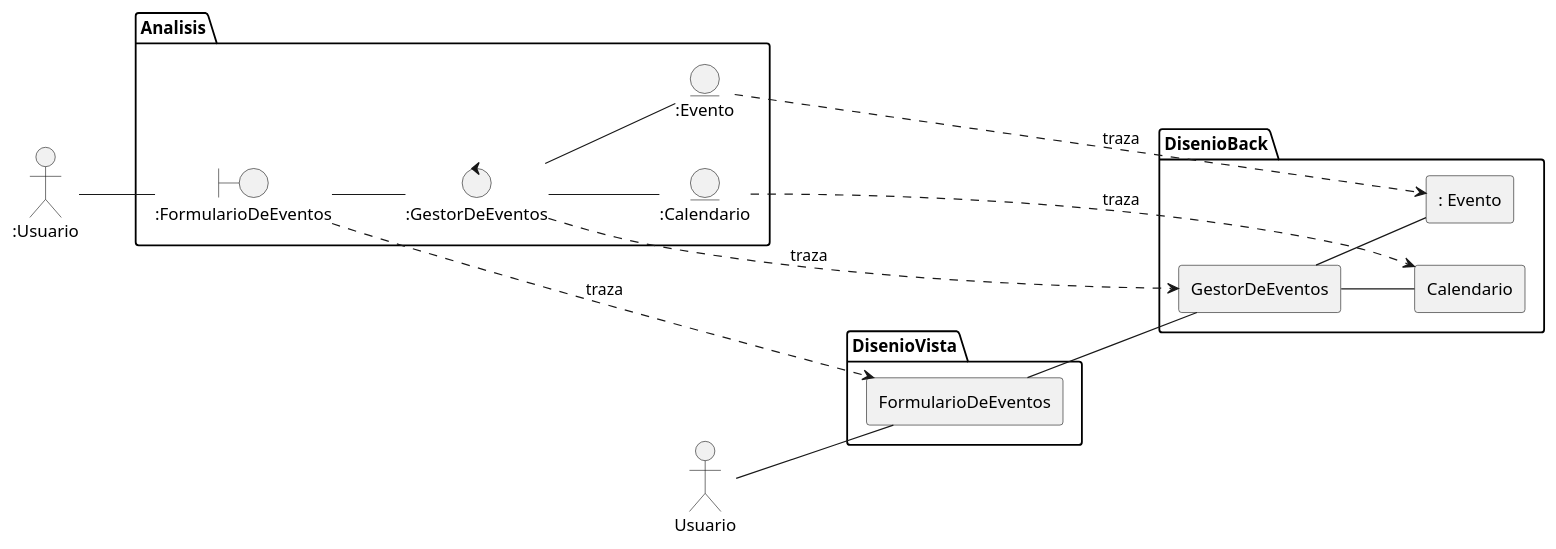
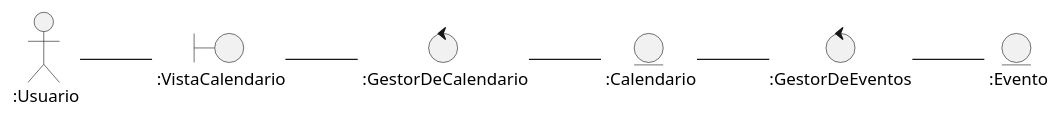
The diagram in docs/logicalView/DisciplinaDeAnalisis/DiagramaClasesDeAnalisisCalendario.plantuml (Andreinalcm/Proyecto_de_inge_grupo4), drawn with PlantUML before and after one commit. The commit also changed 12 other files, not shown here.

Commit message:
Diagramas de traza en disciplina de diseño

```diff
--- a/docs/logicalView/DisciplinaDeAnalisis/DiagramaClasesDeAnalisisCalendario.plantuml
+++ b/docs/logicalView/DisciplinaDeAnalisis/DiagramaClasesDeAnalisisCalendario.plantuml
@@ -1,43 +1,20 @@
-@startuml UC3 Publicar evento Traza
-
+@startuml UC13 Revisar Calendario
 left to right direction
 
-Actor "Usuario" as u
-Actor "Usuario" as user
-package "DisenioVista"{
-agent FormularioDeEventos as DFE
+Actor " :Usuario" as user
 
-}
+boundary " :VistaCalendario" as IC
 
-package "DisenioBack"{
-    agent GestorDeEventos as DGE
-    agent  ": Evento" as devent 
-    agent "Calendario" as dcal
-    DGE -- devent
-    DGE -- dcal
-    DFE -- DGE
-}
+control " :GestorDeCalendario" as CC
 
-package Analisis{
+entity " :Calendario" as C
+entity " :Evento" as E 
+control ":GestorDeEventos" as GE
+user -- IC
+IC -- CC
+CC -- C
 
-Actor ":Usuario" as u
-
-boundary ":FormularioDeEventos" as form
-control ":GestorDeEventos" as gestor
-
-entity ":Evento" as event 
-entity ":Calendario" as c
-
-  u-- form
-form -- gestor 
-gestor -- event
-gestor -- c
-}
-
-user -- DFE
-form ....> DFE: traza
-gestor ....> DGE: traza
-event ....> devent: traza
-c ....> dcal: traza
+GE -- E
+C -- GE
 
 @enduml
```
